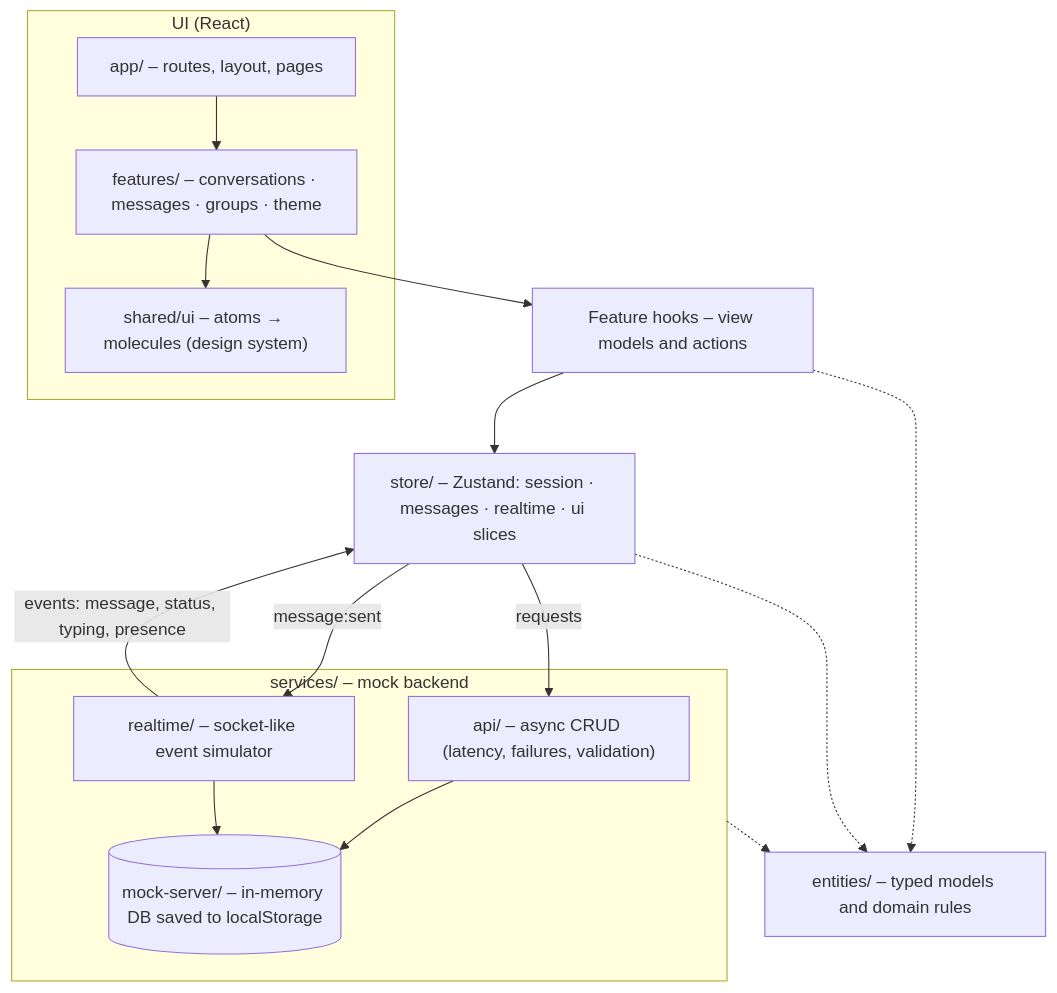
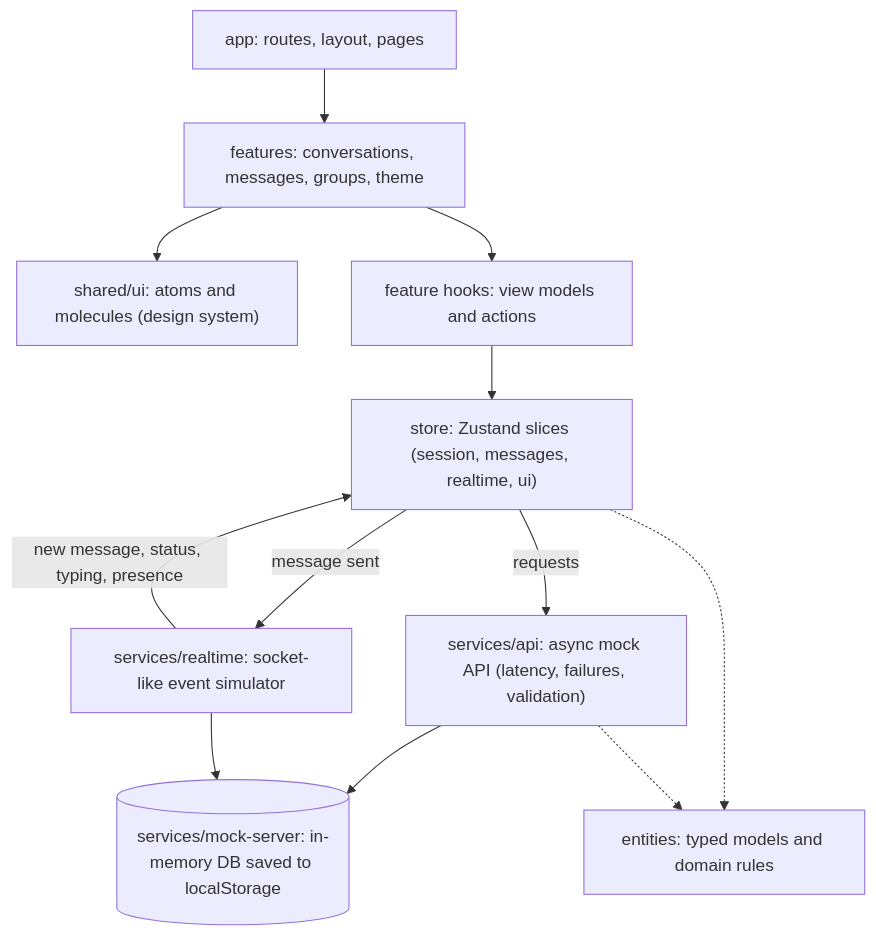
The diagram in README.md (hardik6869/chat-app), drawn with Mermaid before and after one commit.

Commit message:
docs: simplify architecture diagram so github renders it

````diff
--- a/README.md
+++ b/README.md
@@ -92,27 +92,24 @@
 ```mermaid
 flowchart TD
-  subgraph UI["UI (React)"]
-    App["app/ – routes, layout, pages"]
-    Features["features/ – conversations · messages · groups · theme"]
-    SharedUI["shared/ui – atoms → molecules (design system)"]
-  end
-  Hooks["Feature hooks – view models and actions"]
-  Store["store/ – Zustand: session · messages · realtime · ui slices"]
-  subgraph Services["services/ – mock backend"]
-    Api["api/ – async CRUD (latency, failures, validation)"]
-    Realtime["realtime/ – socket-like event simulator"]
-    Db[("mock-server/ – in-memory DB saved to localStorage")]
-  end
-  Entities["entities/ – typed models and domain rules"]
+  App["app: routes, layout, pages"]
+  Features["features: conversations, messages, groups, theme"]
+  SharedUI["shared/ui: atoms and molecules (design system)"]
+  Hooks["feature hooks: view models and actions"]
+  Store["store: Zustand slices (session, messages, realtime, ui)"]
+  Api["services/api: async mock API (latency, failures, validation)"]
+  Realtime["services/realtime: socket-like event simulator"]
+  Db[("services/mock-server: in-memory DB saved to localStorage")]
+  Entities["entities: typed models and domain rules"]
 
-  App --> Features --> Hooks --> Store
+  App --> Features
   Features --> SharedUI
-  Store -->|"requests"| Api
-  Realtime -->|"events: message, status, typing, presence"| Store
-  Store -->|"message:sent"| Realtime
+  Features --> Hooks
+  Hooks --> Store
+  Store -- requests --> Api
+  Store -- "message sent" --> Realtime
+  Realtime -- "new message, status, typing, presence" --> Store
   Api --> Db
   Realtime --> Db
-  Hooks -.-> Entities
   Store -.-> Entities
-  Services -.-> Entities
+  Api -.-> Entities
 ```
````
